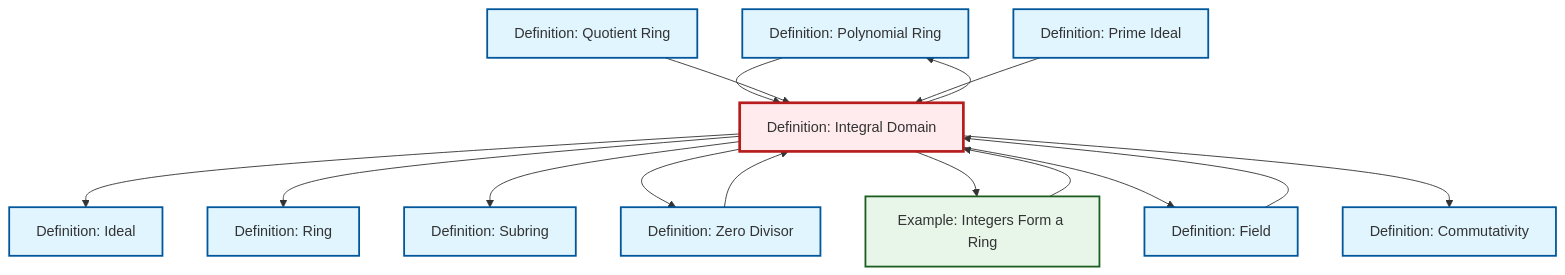
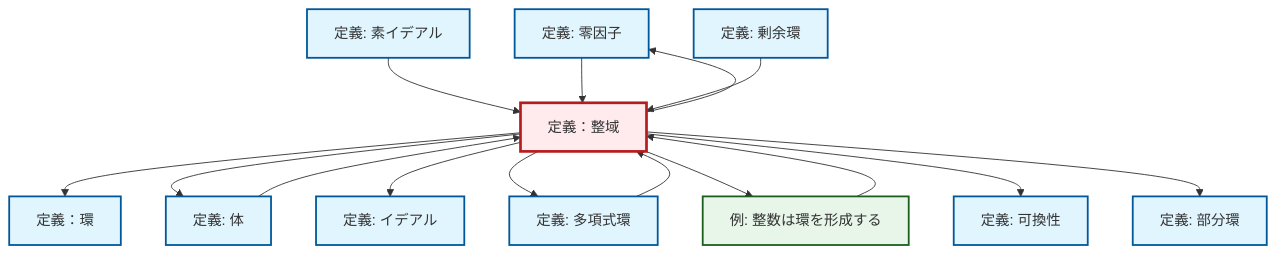
The diagram in content/ja/algebra/def-integral-domain.qmd (RK0429/ModernMath), drawn with Mermaid before and after one commit. The commit also changed 1069 other files, not shown here.

````diff
--- a/content/ja/algebra/def-integral-domain.qmd
+++ b/content/ja/algebra/def-integral-domain.qmd
@@ -95,45 +95,45 @@
 ```{mermaid}
 %%| fig-cap: "Local dependency graph"
 graph TD
     classDef definition fill:#e1f5fe,stroke:#01579b,stroke-width:2px
     classDef theorem fill:#f3e5f5,stroke:#4a148c,stroke-width:2px
     classDef axiom fill:#fff3e0,stroke:#e65100,stroke-width:2px
     classDef example fill:#e8f5e9,stroke:#1b5e20,stroke-width:2px
     classDef current fill:#ffebee,stroke:#b71c1c,stroke-width:3px
-    def-polynomial-ring["Definition: Polynomial Ring"]:::definition
-    def-quotient-ring["Definition: Quotient Ring"]:::definition
-    def-field["Definition: Field"]:::definition
-    def-prime-ideal["Definition: Prime Ideal"]:::definition
-    def-ring["Definition: Ring"]:::definition
-    def-ideal["Definition: Ideal"]:::definition
-    def-zero-divisor["Definition: Zero Divisor"]:::definition
-    def-integral-domain["Definition: Integral Domain"]:::definition
-    def-subring["Definition: Subring"]:::definition
-    def-commutativity["Definition: Commutativity"]:::definition
-    ex-integers-ring["Example: Integers Form a Ring"]:::example
+    def-zero-divisor["定義: 零因子"]:::definition
+    ex-integers-ring["例: 整数は環を形成する"]:::example
+    def-prime-ideal["定義: 素イデアル"]:::definition
+    def-ideal["定義: イデアル"]:::definition
+    def-polynomial-ring["定義: 多項式環"]:::definition
+    def-commutativity["定義: 可換性"]:::definition
+    def-field["定義: 体"]:::definition
+    def-quotient-ring["定義: 剰余環"]:::definition
+    def-integral-domain["定義：整域"]:::definition
+    def-ring["定義：環"]:::definition
+    def-subring["定義: 部分環"]:::definition
+    def-field --> def-integral-domain
+    def-prime-ideal --> def-integral-domain
+    def-integral-domain --> def-ring
+    def-integral-domain --> def-zero-divisor
+    def-integral-domain --> def-field
+    def-polynomial-ring --> def-integral-domain
     def-integral-domain --> def-ideal
-    def-integral-domain --> def-ring
-    def-polynomial-ring --> def-integral-domain
-    def-quotient-ring --> def-integral-domain
-    def-integral-domain --> def-subring
-    def-zero-divisor --> def-integral-domain
-    def-integral-domain --> def-zero-divisor
     def-integral-domain --> def-polynomial-ring
     def-integral-domain --> ex-integers-ring
-    def-field --> def-integral-domain
+    def-zero-divisor --> def-integral-domain
     ex-integers-ring --> def-integral-domain
-    def-integral-domain --> def-field
-    def-prime-ideal --> def-integral-domain
+    def-quotient-ring --> def-integral-domain
     def-integral-domain --> def-commutativity
+    def-integral-domain --> def-subring
     class def-integral-domain current
-    click def-polynomial-ring "def-polynomial-ring.html" "Definition: Polynomial Ringへ"
-    click def-quotient-ring "def-quotient-ring.html" "Definition: Quotient Ringへ"
-    click def-field "def-field.html" "Definition: Fieldへ"
-    click def-prime-ideal "def-prime-ideal.html" "Definition: Prime Idealへ"
-    click def-ring "def-ring.html" "Definition: Ringへ"
-    click def-ideal "def-ideal.html" "Definition: Idealへ"
-    click def-zero-divisor "def-zero-divisor.html" "Definition: Zero Divisorへ"
-    click def-subring "def-subring.html" "Definition: Subringへ"
-    click def-commutativity "def-commutativity.html" "Definition: Commutativityへ"
-    click ex-integers-ring "ex-integers-ring.html" "Example: Integers Form a Ringへ"
+    click def-zero-divisor "def-zero-divisor.html" "零因子の定義へ"
+    click ex-integers-ring "ex-integers-ring.html" "整数は環を形成するの例へ"
+    click def-prime-ideal "def-prime-ideal.html" "素イデアルの定義へ"
+    click def-ideal "def-ideal.html" "イデアルの定義へ"
+    click def-polynomial-ring "def-polynomial-ring.html" "多項式環の定義へ"
+    click def-commutativity "def-commutativity.html" "可換性の定義へ"
+    click def-field "def-field.html" "体の定義へ"
+    click def-quotient-ring "def-quotient-ring.html" "剰余環の定義へ"
+    click def-ring "def-ring.html" "定義：環へ"
+    click def-subring "def-subring.html" "部分環の定義へ"
 ```
````
